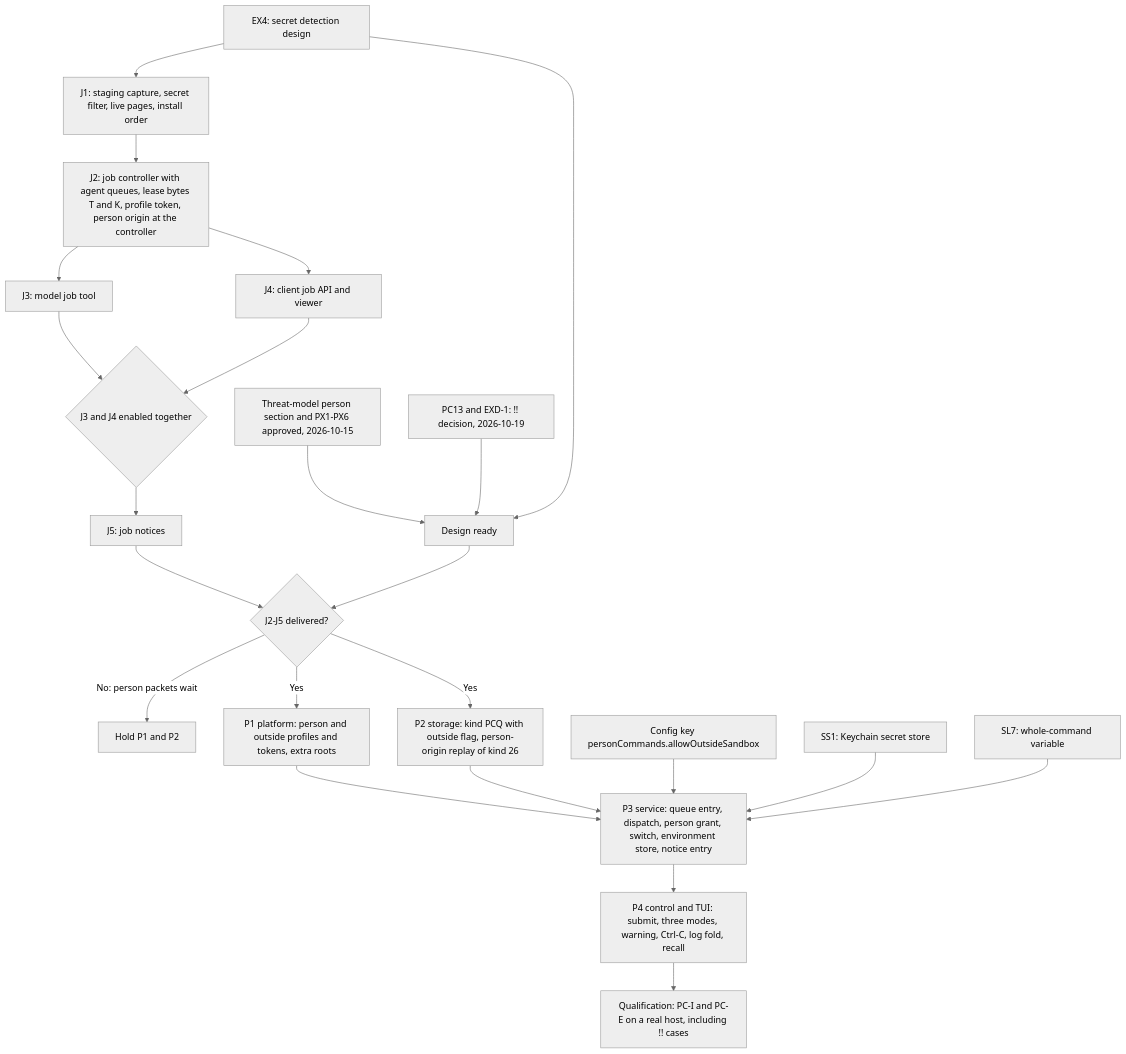
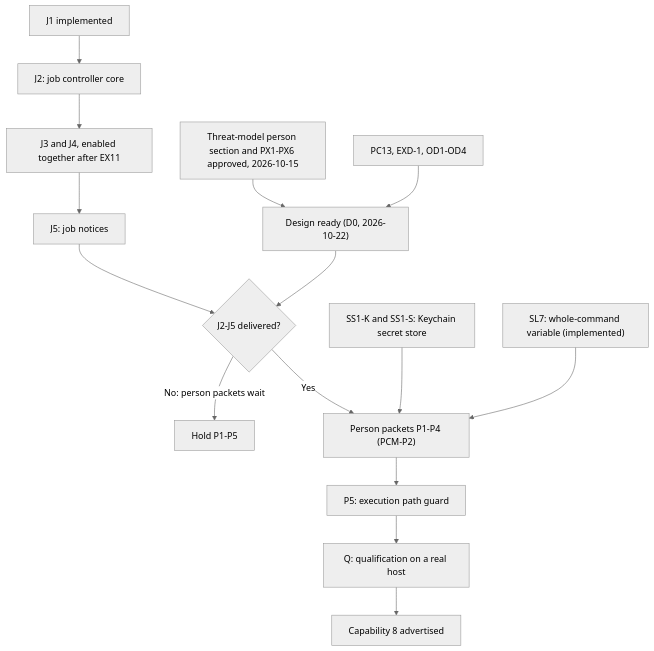
The ninth of 10 diagrams in docs/designs/person-command-mode.md (pidster/asura), drawn with Mermaid (neutral theme) before and after one commit. The commit also changed other lines of this file and 14 other files, not shown here.

First line of the commit message:
Design person command packets, path guard and Keychain fixes

````diff
--- a/docs/designs/person-command-mode.md
+++ b/docs/designs/person-command-mode.md
@@ -1424,25 +1975,17 @@
 ```mermaid
 flowchart TD
-    TM["Threat-model person section and PX1-PX6 approved, 2026-10-15"] --> Ready["Design ready"]
-    OD["PC13 and EXD-1: !! decision, 2026-10-19"] --> Ready
-    SD["EX4: secret detection design"] --> J1
-    SD --> Ready
-    J1["J1: staging capture, secret filter, live pages, install order"] --> J2["J2: job controller with agent queues, lease bytes T and K, profile token, person origin at the controller"]
-    J2 --> J4["J4: client job API and viewer"]
-    J2 --> J3["J3: model job tool"]
-    J3 --> EN{"J3 and J4 enabled together"}
-    J4 --> EN
-    EN --> J5["J5: job notices"]
+    TM["Threat-model person section and PX1-PX6 approved, 2026-10-15"] --> Ready["Design ready (D0, 2026-10-22)"]
+    OD["PC13, EXD-1, OD1-OD4"] --> Ready
+    J1["J1 implemented"] --> J2["J2: job controller core"]
+    J2 --> J34["J3 and J4, enabled together after EX11"]
+    J34 --> J5["J5: job notices"]
     J5 --> JG{"J2-J5 delivered?"}
     Ready --> JG
-    JG -->|"No: person packets wait"| JW["Hold P1 and P2"]
-    JG -->|Yes| P1["P1 platform: person and outside profiles and tokens, extra roots"]
-    JG -->|Yes| P2["P2 storage: kind PCQ with outside flag, person-origin replay of kind 26"]
-    P1 --> P3["P3 service: queue entry, dispatch, person grant, switch, environment store, notice entry"]
-    P2 --> P3
-    CK["Config key personCommands.allowOutsideSandbox"] --> P3
-    SS1["SS1: Keychain secret store"] --> P3
-    SL7["SL7: whole-command variable"] --> P3
-    P3 --> P4["P4 control and TUI: submit, three modes, warning, Ctrl-C, log fold, recall"]
-    P4 --> Q["Qualification: PC-I and PC-E on a real host, including !! cases"]
+    JG -->|"No: person packets wait"| JW["Hold P1-P5"]
+    JG -->|Yes| Person["Person packets P1-P4 (PCM-P2)"]
+    SS1["SS1-K and SS1-S: Keychain secret store"] --> Person
+    SL7["SL7: whole-command variable (implemented)"] --> Person
+    Person --> P5["P5: execution path guard"]
+    P5 --> Q["Q: qualification on a real host"]
+    Q --> Enable["Capability 8 advertised"]
 ```
````
